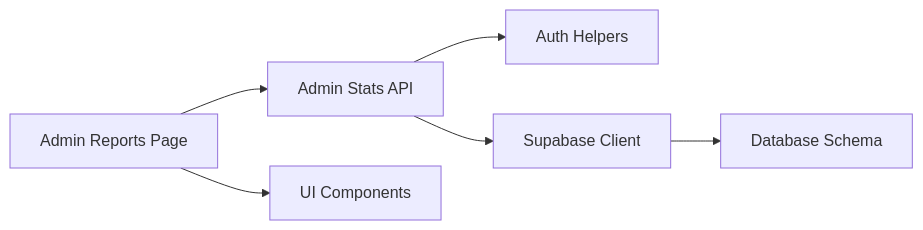
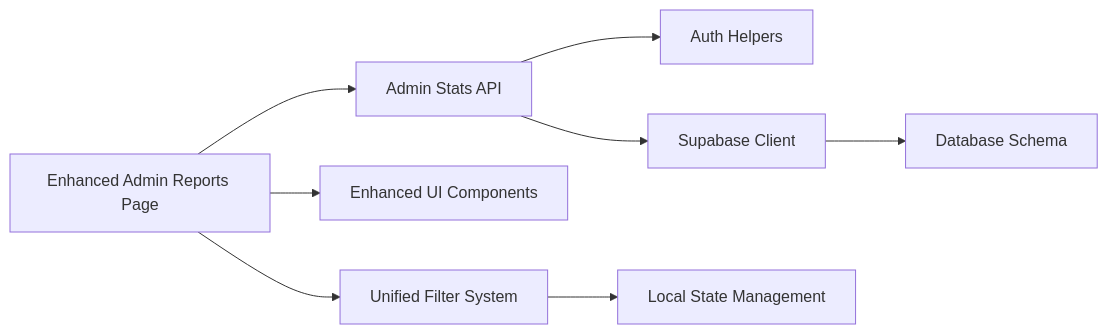
One commit to ObeyMuchechesi/TicketFlow changed the fifth of 5 diagrams in .qoder/repowiki/en/content/Admin Dashboard/Analytics & Reports.md. Above: the diagram before and after it, drawn with Mermaid. The commit also changed other lines of this file and 12 other files, not shown here.

First line of the commit message:
docs: EcoCash schema columns and project documentation refresh

````diff
--- a/.qoder/repowiki/en/content/Admin Dashboard/Analytics & Reports.md
+++ b/.qoder/repowiki/en/content/Admin Dashboard/Analytics & Reports.md
@@ -310,8 +393,10 @@
 ```mermaid
 graph LR
-Reports["Admin Reports Page"] --> API["Admin Stats API"]
-Reports --> UI["UI Components"]
+Reports["Enhanced Admin Reports Page"] --> API["Admin Stats API"]
+Reports --> UI["Enhanced UI Components"]
+Reports --> Filters["Unified Filter System"]
 API --> Auth["Auth Helpers"]
 API --> Supabase["Supabase Client"]
 Supabase --> Schema["Database Schema"]
+Filters --> State["Local State Management"]
 ```
````
